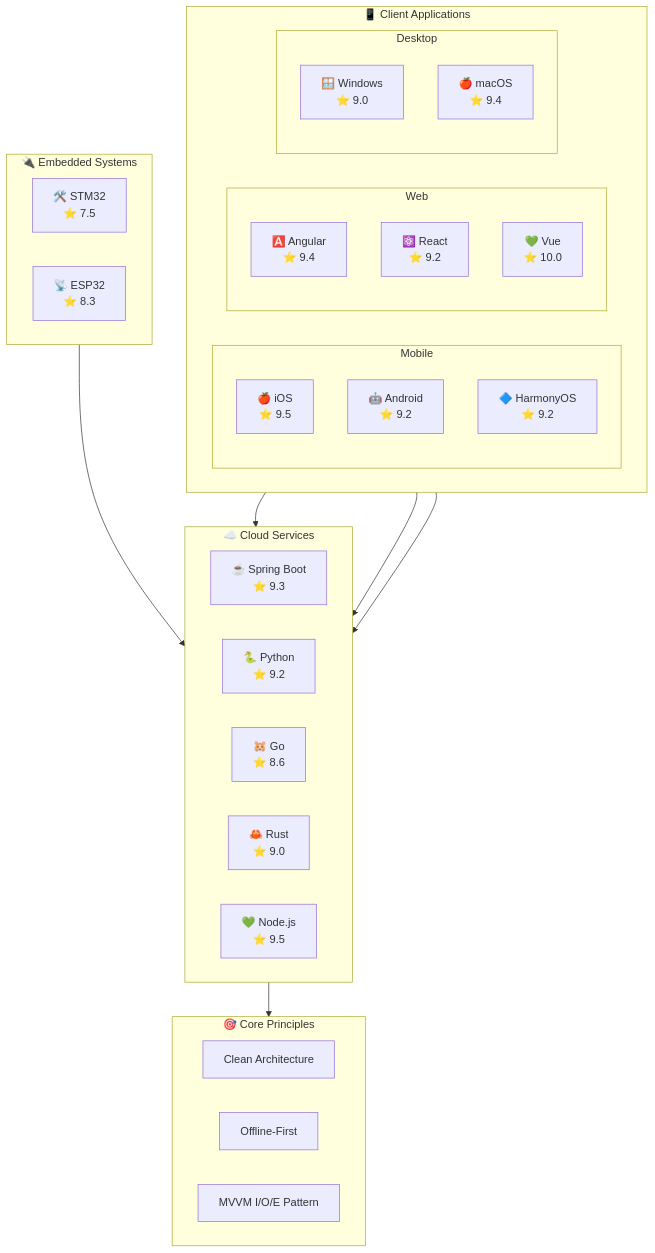
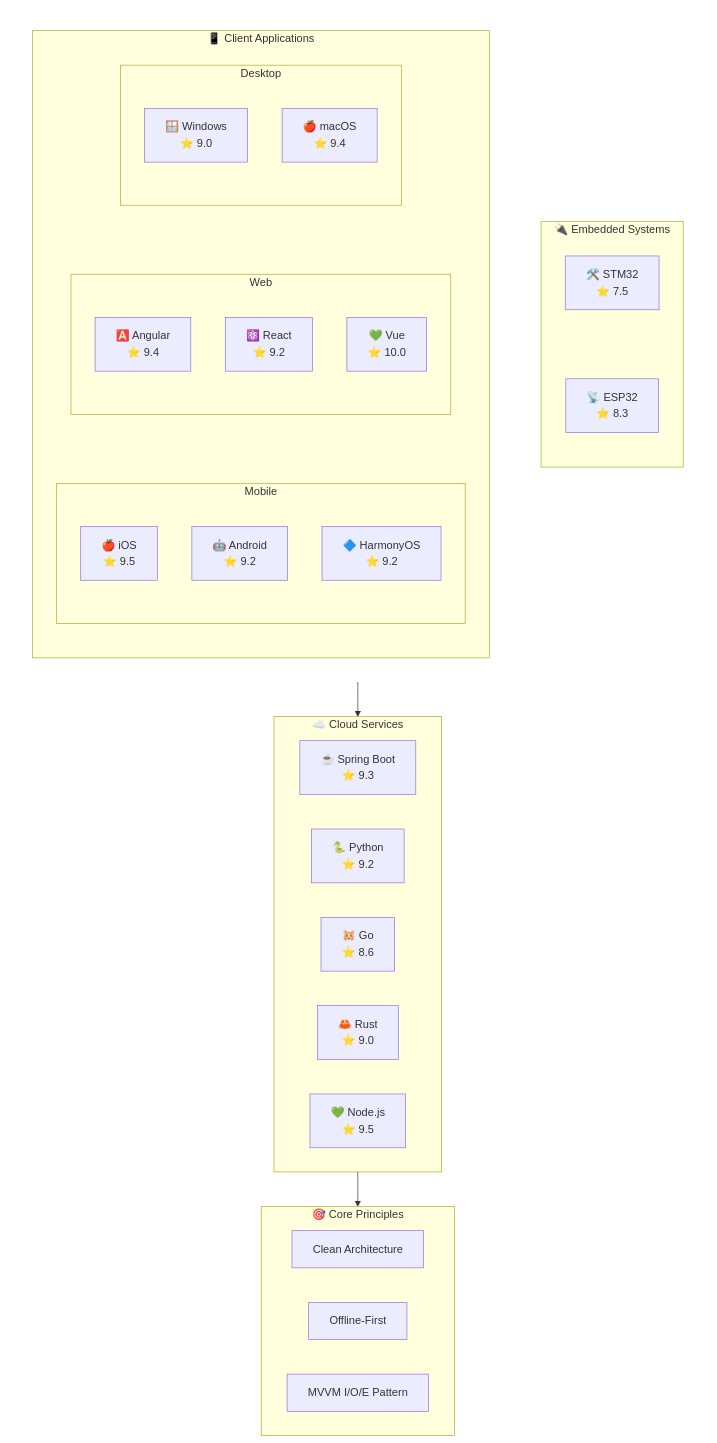
Before and after one commit to jrjohn/jrjohn: the diagram in README.md, drawn with Mermaid.

Commit message:
chore: swap layout — Client Applications left, Embedded Systems right (#4)

````diff
--- a/README.md
+++ b/README.md
@@ -20,63 +20,66 @@
 ```mermaid
 flowchart TB
-    subgraph Client["📱 Client Applications"]
+    style Apps fill:none,stroke:none
+    subgraph Apps[" "]
         direction LR
-        subgraph Mobile["Mobile"]
-            iOS["🍎 iOS<br/>⭐ 9.5"]
-            Android["🤖 Android<br/>⭐ 9.2"]
-            HarmonyOS["🔷 HarmonyOS<br/>⭐ 9.2"]
+        subgraph Client["📱 Client Applications"]
+            direction TB
+            subgraph Desktop["Desktop"]
+                Windows["🪟 Windows<br/>⭐ 9.0"]
+                macOS["🍎 macOS<br/>⭐ 9.4"]
+            end
+            subgraph Web["Web"]
+                Angular["🅰️ Angular<br/>⭐ 9.4"]
+                React["⚛️ React<br/>⭐ 9.2"]
+                Vue["💚 Vue<br/>⭐ 10.0"]
+            end
+            subgraph Mobile["Mobile"]
+                iOS["🍎 iOS<br/>⭐ 9.5"]
+                Android["🤖 Android<br/>⭐ 9.2"]
+                HarmonyOS["🔷 HarmonyOS<br/>⭐ 9.2"]
+            end
+            Desktop ~~~ Web
+            Web ~~~ Mobile
         end
-        subgraph Web["Web"]
-            Angular["🅰️ Angular<br/>⭐ 9.4"]
-            React["⚛️ React<br/>⭐ 9.2"]
-            Vue["💚 Vue<br/>⭐ 10.0"]
+        subgraph Embedded["🔌 Embedded Systems"]
+            direction TB
+            STM32["🛠️ STM32<br/>⭐ 7.5"]
+            ESP32["📡 ESP32<br/>⭐ 8.3"]
+            STM32 ~~~ ESP32
         end
-        subgraph Desktop["Desktop"]
-            Windows["🪟 Windows<br/>⭐ 9.0"]
-            macOS["🍎 macOS<br/>⭐ 9.4"]
-        end
-    end
-
-    subgraph Embedded["🔌 Embedded Systems"]
-        direction LR
-        STM32["🛠️ STM32<br/>⭐ 7.5"]
-        ESP32["📡 ESP32<br/>⭐ 8.3"]
+        Client ~~~ Embedded
     end
 
     subgraph Cloud["☁️ Cloud Services"]
         direction LR
         SpringBoot["☕ Spring Boot<br/>⭐ 9.3"]
         Python["🐍 Python<br/>⭐ 9.2"]
         Go["🐹 Go<br/>⭐ 8.6"]
         Rust["🦀 Rust<br/>⭐ 9.0"]
         NodeJS["💚 Node.js<br/>⭐ 9.5"]
     end
 
     subgraph Core["🎯 Core Principles"]
         CA["Clean Architecture"]
         OF["Offline-First"]
         MVVM["MVVM I/O/E Pattern"]
     end
 
-    Mobile --> Cloud
-    Web --> Cloud
-    Desktop --> Cloud
-    Embedded --> Cloud
+    Apps --> Cloud
     Cloud --> Core
-
     click iOS "https://github.com/jrjohn/arcana-ios" _blank
     click Android "https://github.com/jrjohn/arcana-android" _blank
     click HarmonyOS "https://github.com/jrjohn/arcana-harmonyos" _blank
     click Angular "https://github.com/jrjohn/arcana-angular" _blank
     click React "https://github.com/jrjohn/arcana-react" _blank
     click Vue "https://github.com/jrjohn/arcana-vue" _blank
     click Windows "https://github.com/jrjohn/arcana-windows" _blank
     click macOS "https://github.com/jrjohn/arcana-macos" _blank
     click STM32 "https://github.com/jrjohn/arcana-embedded-stm32" _blank
     click ESP32 "https://github.com/jrjohn/arcana-embedded-esp32" _blank
     click SpringBoot "https://github.com/jrjohn/arcana-cloud-springboot" _blank
     click Python "https://github.com/jrjohn/arcana-cloud-python" _blank
     click Go "https://github.com/jrjohn/arcana-cloud-go" _blank
     click Rust "https://github.com/jrjohn/arcana-cloud-rust" _blank
     click NodeJS "https://github.com/jrjohn/arcana-cloud-nodejs" _blank
 ```
````
